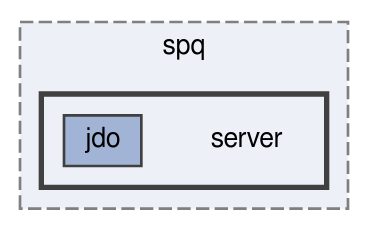
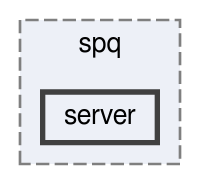
Before and after one commit to ibaipuertasq/CineGP2025: the diagram in dir_de437d1c073fb9332ce6284ff6cf50be_dep.dot, drawn with Graphviz. The commit also changed 147 other files, not shown here.

```diff
--- a/dir_de437d1c073fb9332ce6284ff6cf50be_dep.dot
+++ b/dir_de437d1c073fb9332ce6284ff6cf50be_dep.dot
@@ -1,16 +1,12 @@
 digraph "src/main/java/es/deusto/spq/server"
 {
  // LATEX_PDF_SIZE
   bgcolor="transparent";
   edge [fontname=FreeSans,fontsize=10,labelfontname=FreeSans,labelfontsize=10];
   node [fontname=FreeSans,fontsize=10,shape=box,height=0.2,width=0.4];
   compound=true
   subgraph clusterdir_7df73947654fe6d5c668d5365112078e {
     graph [ bgcolor="#edf0f7", pencolor="grey50", label="spq", fontname=FreeSans,fontsize=10 style="filled,dashed", URL="dir_7df73947654fe6d5c668d5365112078e.html",tooltip=""]
-  subgraph clusterdir_de437d1c073fb9332ce6284ff6cf50be {
-    graph [ bgcolor="#edf0f7", pencolor="grey25", label="", fontname=FreeSans,fontsize=10 style="filled,bold", URL="dir_de437d1c073fb9332ce6284ff6cf50be.html",tooltip=""]
-    dir_de437d1c073fb9332ce6284ff6cf50be [shape=plaintext, label="server"];
-  dir_12802e075aa74c3ab4527ac8bce4435c [label="jdo", fillcolor="#a2b4d6", color="grey25", style="filled", URL="dir_12802e075aa74c3ab4527ac8bce4435c.html",tooltip=""];
-  }
+  dir_de437d1c073fb9332ce6284ff6cf50be [label="server", fillcolor="#edf0f7", color="grey25", style="filled,bold", URL="dir_de437d1c073fb9332ce6284ff6cf50be.html",tooltip=""];
   }
 }
```
